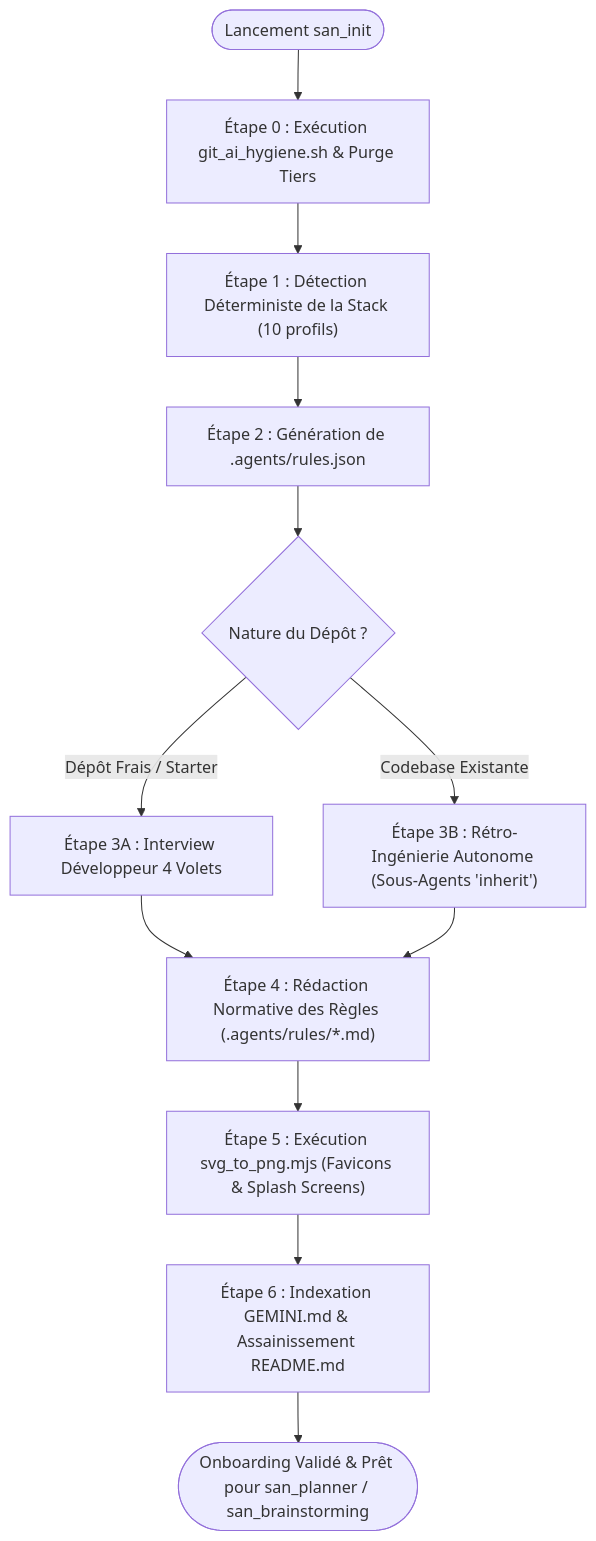
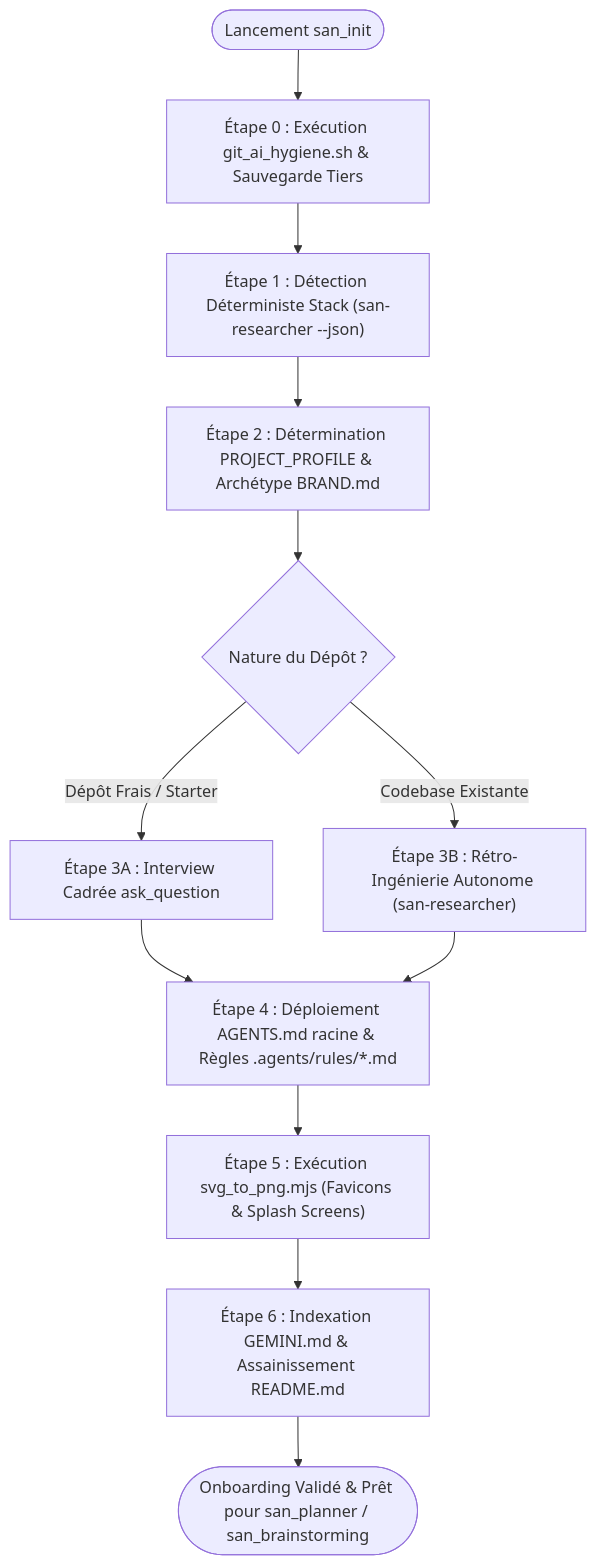
Before and after one commit to alexsan-dev/san_agy_framework: the first of 2 diagrams in skills/san_init.md, drawn with Mermaid. The commit also changed other lines of this file and 114 other files, not shown here.

````diff
--- a/skills/san_init.md
+++ b/skills/san_init.md
@@ -689,17 +644,17 @@
 ```mermaid
 flowchart TD
-    Start(["Lancement san_init"]) --> Step0["Étape 0 : Exécution git_ai_hygiene.sh & Purge Tiers"]
-    Step0 --> DetectStack["Étape 1 : Détection Déterministe de la Stack (10 profils)"]
-    DetectStack --> GenRulesJson["Étape 2 : Génération de .agents/rules.json"]
+    Start(["Lancement san_init"]) --> Step0["Étape 0 : Exécution git_ai_hygiene.sh & Sauvegarde Tiers"]
+    Step0 --> DetectStack["Étape 1 : Détection Déterministe Stack (san-researcher --json)"]
+    DetectStack --> ProfileProject["Étape 2 : Détermination PROJECT_PROFILE & Archétype BRAND.md"]
     
-    GenRulesJson --> CheckType{"Nature du Dépôt ?"}
-    CheckType -->|"Dépôt Frais / Starter"| Case1["Étape 3A : Interview Développeur 4 Volets"]
-    CheckType -->|"Codebase Existante"| Case2["Étape 3B : Rétro-Ingénierie Autonome (Sous-Agents 'inherit')"]
+    ProfileProject --> CheckType{"Nature du Dépôt ?"}
+    CheckType -->|"Dépôt Frais / Starter"| Case1["Étape 3A : Interview Cadrée ask_question"]
+    CheckType -->|"Codebase Existante"| Case2["Étape 3B : Rétro-Ingénierie Autonome (san-researcher)"]
     
-    Case1 --> Step4["Étape 4 : Rédaction Normative des Règles (.agents/rules/*.md)"]
+    Case1 --> Step4["Étape 4 : Déploiement AGENTS.md racine & Règles .agents/rules/*.md"]
     Case2 --> Step4
     
     Step4 --> Step5["Étape 5 : Exécution svg_to_png.mjs (Favicons & Splash Screens)"]
     Step5 --> Step6["Étape 6 : Indexation GEMINI.md & Assainissement README.md"]
     Step6 --> EndVal(["Onboarding Validé & Prêt pour san_planner / san_brainstorming"])
 ```
````
